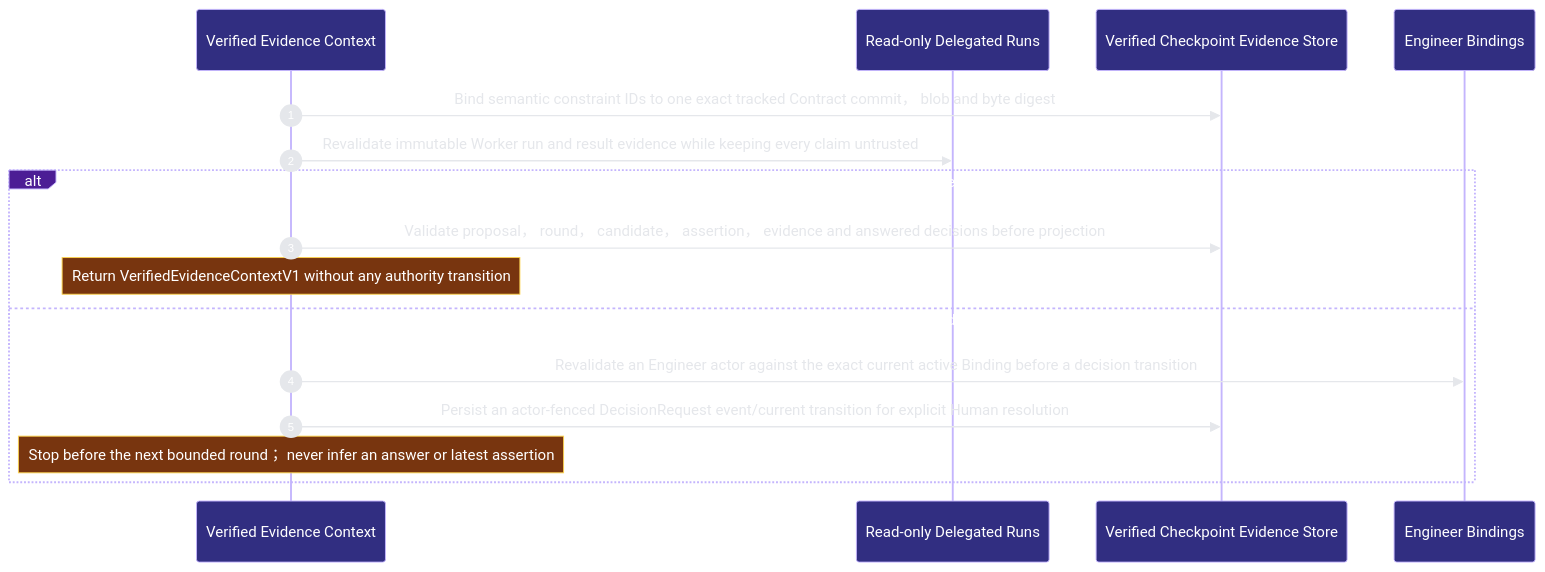
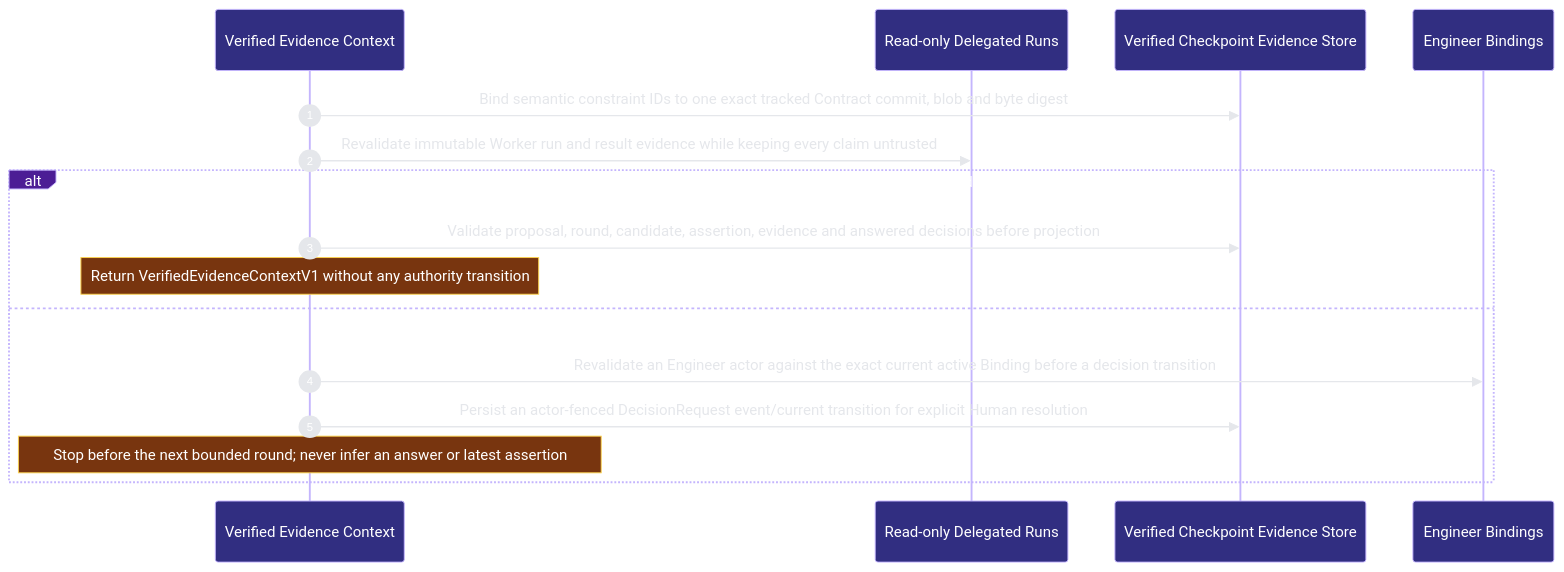
One commit to Ancienttwo/repo-harness changed the second of 2 diagrams in docs/architecture/modules/runtime-harness/verified-context.md. Above: the diagram before and after it, drawn with Mermaid. The commit also changed other lines of this file and 46 other files, not shown here.

First line of the commit message:
docs(architecture): re-project the architecture docs with archctx 0.7.1

````diff
--- a/docs/architecture/modules/runtime-harness/verified-context.md
+++ b/docs/architecture/modules/runtime-harness/verified-context.md
@@ -70,19 +85,19 @@
 ```mermaid
 %%{init: {"theme":"base","themeVariables":{"background":"#0d1117","actorBkg":"#312e81","actorBorder":"#c4b5fd","actorTextColor":"#ffffff","signalColor":"#e5e7eb","signalTextColor":"#e5e7eb","labelBoxBkgColor":"#4c1d95","labelBoxBorderColor":"#c4b5fd","labelTextColor":"#ffffff","noteBkgColor":"#78350f","noteBorderColor":"#fcd34d","noteTextColor":"#ffffff","sequenceNumberColor":"#ffffff"}}}%%
 sequenceDiagram
   autonumber
   participant p2_verified_context_643f3dc5 as Verified Evidence Context
   participant p2_delegated_runs_6de9843b as Read-only Delegated Runs
   participant p2_checkpoint_store_c2e763cc as Verified Checkpoint Evidence Store
   participant p2_engineer_bindings_4e9749d0 as Engineer Bindings
-  p2_verified_context_643f3dc5->>p2_checkpoint_store_c2e763cc: Bind semantic constraint IDs to one exact tracked Contract commit， blob and byte digest
+  p2_verified_context_643f3dc5->>p2_checkpoint_store_c2e763cc: Bind semantic constraint IDs to one exact tracked Contract commit#44; blob and byte digest
   p2_verified_context_643f3dc5->>p2_delegated_runs_6de9843b: Revalidate immutable Worker run and result evidence while keeping every claim untrusted
   alt One unique continuous exact-subject checkpoint chain produces a content-addressed trusted/untrusted context
-  p2_verified_context_643f3dc5->>p2_checkpoint_store_c2e763cc: Validate proposal， round， candidate， assertion， evidence and answered decisions before projection
+  p2_verified_context_643f3dc5->>p2_checkpoint_store_c2e763cc: Validate proposal#44; round#44; candidate#44; assertion#44; evidence and answered decisions before projection
     Note over p2_verified_context_643f3dc5: Return VerifiedEvidenceContextV1 without any authority transition
   else Open Human decision or ambiguous evidence chain fails closed
   p2_verified_context_643f3dc5->>p2_engineer_bindings_4e9749d0: Revalidate an Engineer actor against the exact current active Binding before a decision transition
   p2_verified_context_643f3dc5->>p2_checkpoint_store_c2e763cc: Persist an actor-fenced DecisionRequest event/current transition for explicit Human resolution
-    Note over p2_verified_context_643f3dc5: Stop before the next bounded round； never infer an answer or latest assertion
+    Note over p2_verified_context_643f3dc5: Stop before the next bounded round#59; never infer an answer or latest assertion
   end
 ```
````
